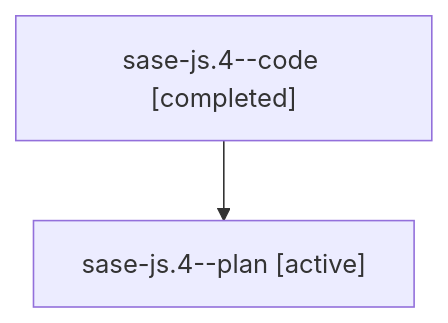
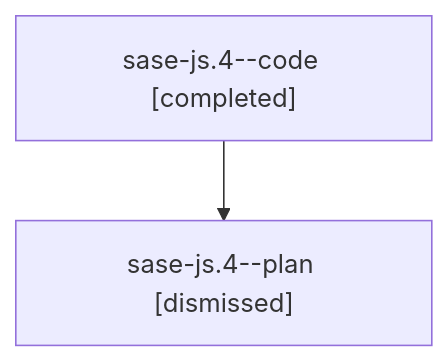
Before and after one commit to sase-org/sase--agents: the diagram in sessions/bbugyi200.athena.sase-js.4.md, drawn with Mermaid. The commit also changed other lines of this file and 112 other files, not shown here.

````diff
--- a/sessions/bbugyi200.athena.sase-js.4.md
+++ b/sessions/bbugyi200.athena.sase-js.4.md
@@ -9,6 +9,6 @@
 ```mermaid
 flowchart TD
   n0["sase-js.4--code [completed]"]
-  n1["sase-js.4--plan [active]"]
+  n1["sase-js.4--plan [dismissed]"]
   n0 --> n1
 ```
````
